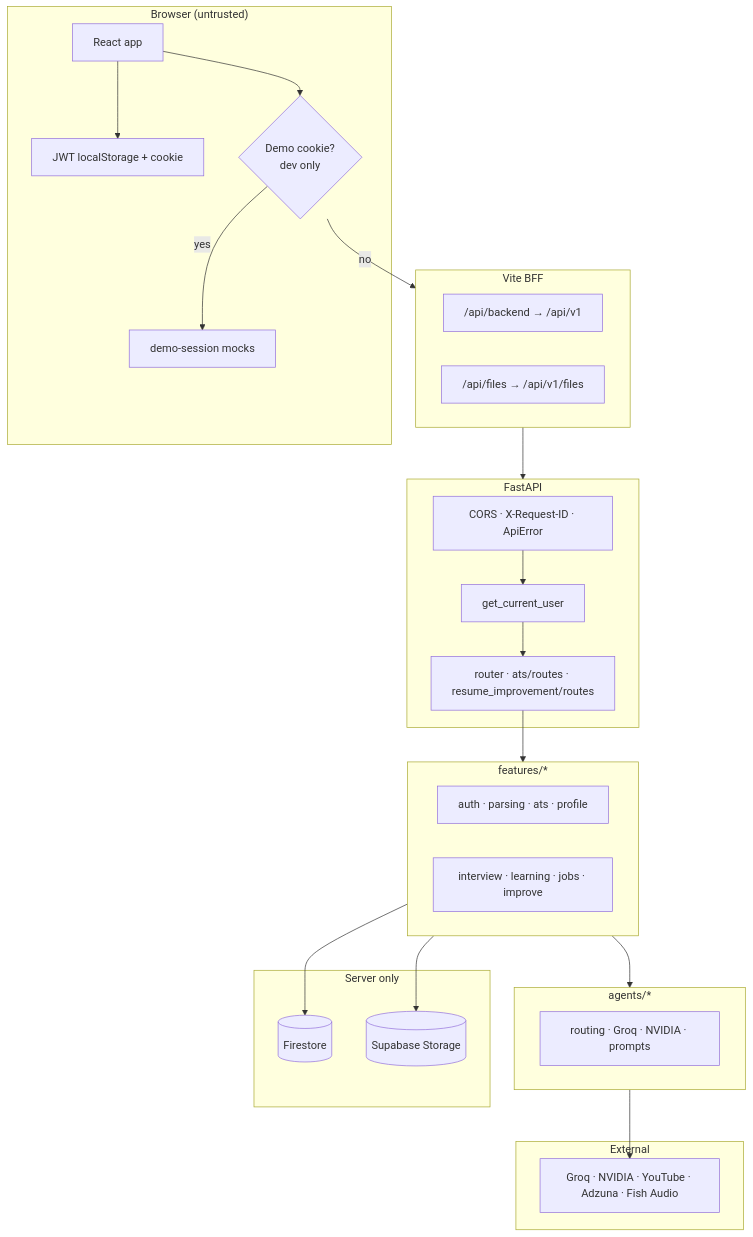
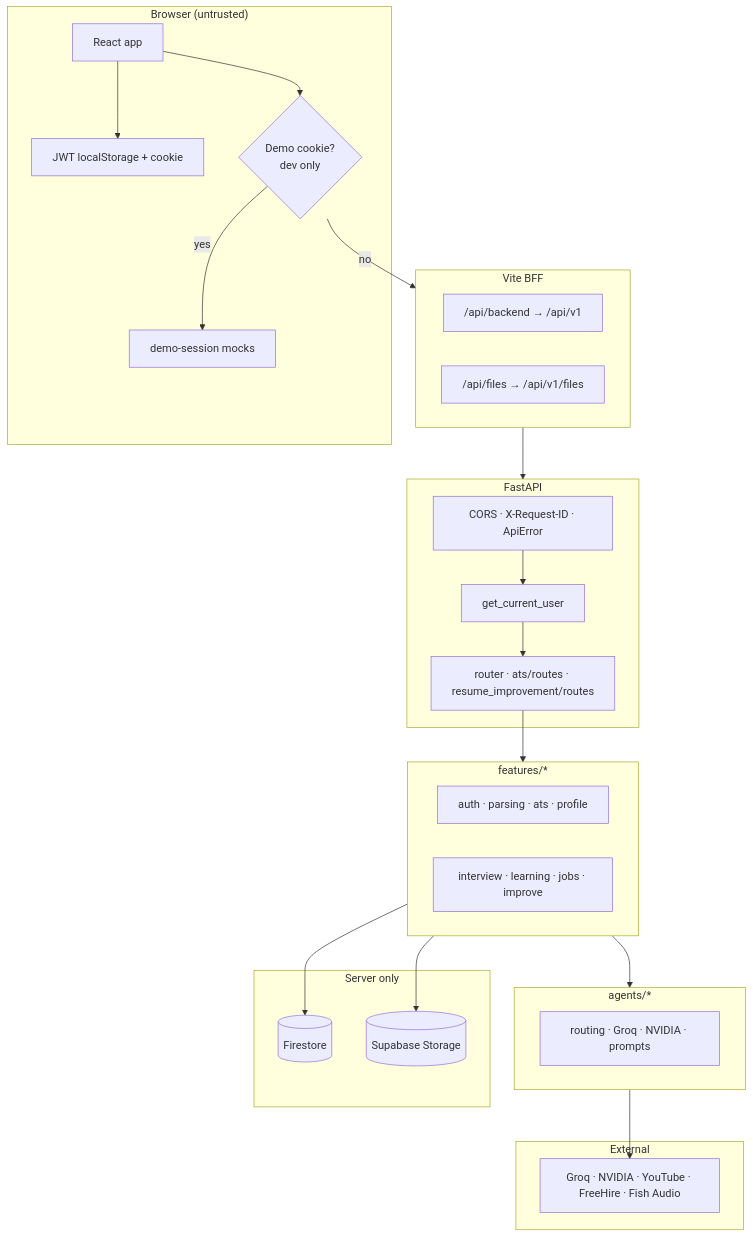
The first of 8 diagrams in docs/DOCUMENTATION.md (RonakkudalAI/AI-Career-Copilot), drawn with Mermaid before and after one commit. The commit also changed other lines of this file and 133 other files, not shown here.

````diff
--- a/docs/DOCUMENTATION.md
+++ b/docs/DOCUMENTATION.md
@@ -806,49 +799,49 @@
 ```mermaid
 flowchart TB
   subgraph CLIENT["Browser (untrusted)"]
     UI["React app"]
     TOK["JWT localStorage + cookie"]
     DEMO{"Demo cookie?\ndev only"}
     MOCK["demo-session mocks"]
   end
 
   subgraph EDGE["Vite BFF"]
     P1["/api/backend → /api/v1"]
     P2["/api/files → /api/v1/files"]
   end
 
   subgraph API["FastAPI"]
     MW["CORS · X-Request-ID · ApiError"]
     AUTH["get_current_user"]
     RTR["router · ats/routes · resume_improvement/routes"]
   end
 
   subgraph DOMAIN["features/*"]
     F1["auth · parsing · ats · profile"]
     F2["interview · learning · jobs · improve"]
   end
 
   subgraph AGENTS["agents/*"]
     A1["routing · Groq · NVIDIA · prompts"]
   end
 
   subgraph DATA["Server only"]
     FS[("Firestore")]
     ST[("Supabase Storage")]
   end
 
   subgraph EXT["External"]
-    X1["Groq · NVIDIA · YouTube · Adzuna · Fish Audio"]
+    X1["Groq · NVIDIA · YouTube · FreeHire · Fish Audio"]
   end
 
   UI --> TOK
   UI --> DEMO
   DEMO -->|yes| MOCK
   DEMO -->|no| EDGE
   EDGE --> API
   MW --> AUTH --> RTR --> DOMAIN
   DOMAIN --> AGENTS
   DOMAIN --> FS
   DOMAIN --> ST
   AGENTS --> X1
 ```
````
